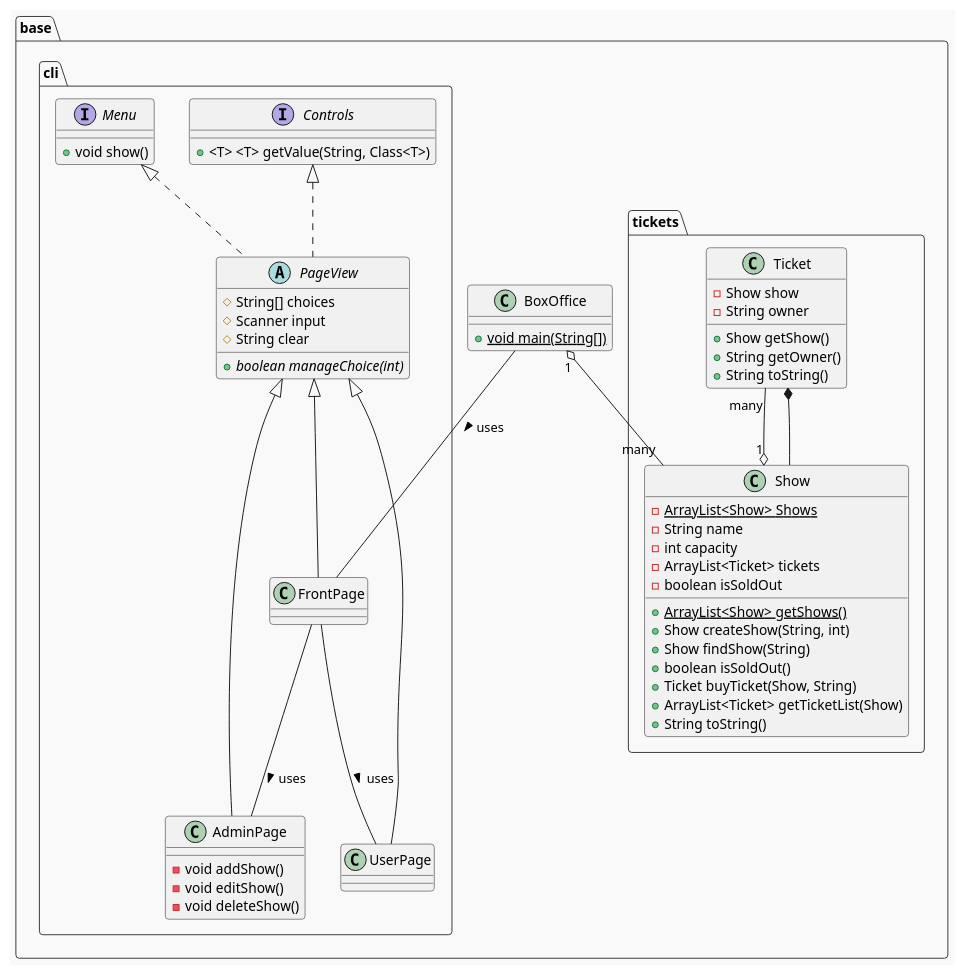
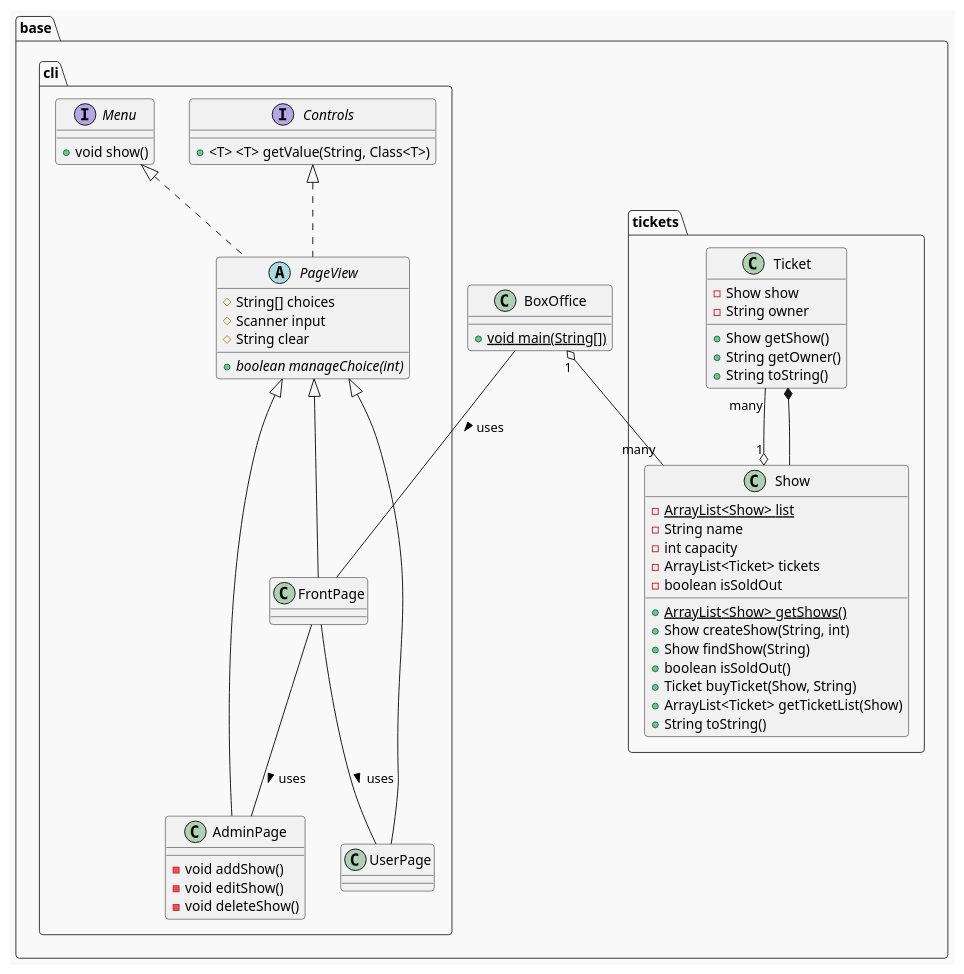
One commit to physcrowley/BoxOffice changed the diagram in structure.puml. Above: the diagram before and after it, drawn with PlantUML.

Commit message:
corrected Show static field name

```diff
--- a/structure.puml
+++ b/structure.puml
@@ -3,75 +3,75 @@
 @startuml structure
 
 /' https://plantuml.com/fr/theme
 favoris : mars, plain, amiga, crt-green, sketchy '/
 !theme mars
 
 /' https://plantuml.com/fr/class-diagram '/
 
 /' objets '/
 package base {
     package base.cli {
 
         interface Controls {
             + <T> <T> getValue(String, Class<T>)
         }
         interface Menu{
             + void show()
         }
         abstract class PageView implements Menu, Controls {
             # String[] choices 
             # Scanner input
             # String clear
             + {abstract} boolean manageChoice(int)
         }
         class FrontPage extends PageView
         class AdminPage extends PageView {
             - void addShow()
             - void editShow()
             - void deleteShow()
         }
         class UserPage extends PageView
 
         FrontPage -- AdminPage : > uses
         FrontPage -- UserPage : > uses
         
     }
 
     package base.tickets {
         class Ticket {
             - Show show
             - String owner
             + Show getShow()
             + String getOwner()
             + String toString()
         }
         class Show {
-            - {static} ArrayList<Show> Shows
+            - {static} ArrayList<Show> list
             - String name
             - int capacity
             - ArrayList<Ticket> tickets
             - boolean isSoldOut
             + {static} ArrayList<Show> getShows()
             + Show createShow(String, int)
             + Show findShow(String)
             + boolean isSoldOut()
             + Ticket buyTicket(Show, String)
             + ArrayList<Ticket> getTicketList(Show)
             + String toString()
         }
 
         Ticket "many" --o "1"  Show
         Ticket *-- Show
     }
 
     class BoxOffice {
         + {static} void main(String[])
     }
 
     BoxOffice -- FrontPage : > uses
 
     BoxOffice "1" o-- "many" Show
 
 }
 
 @enduml
```
